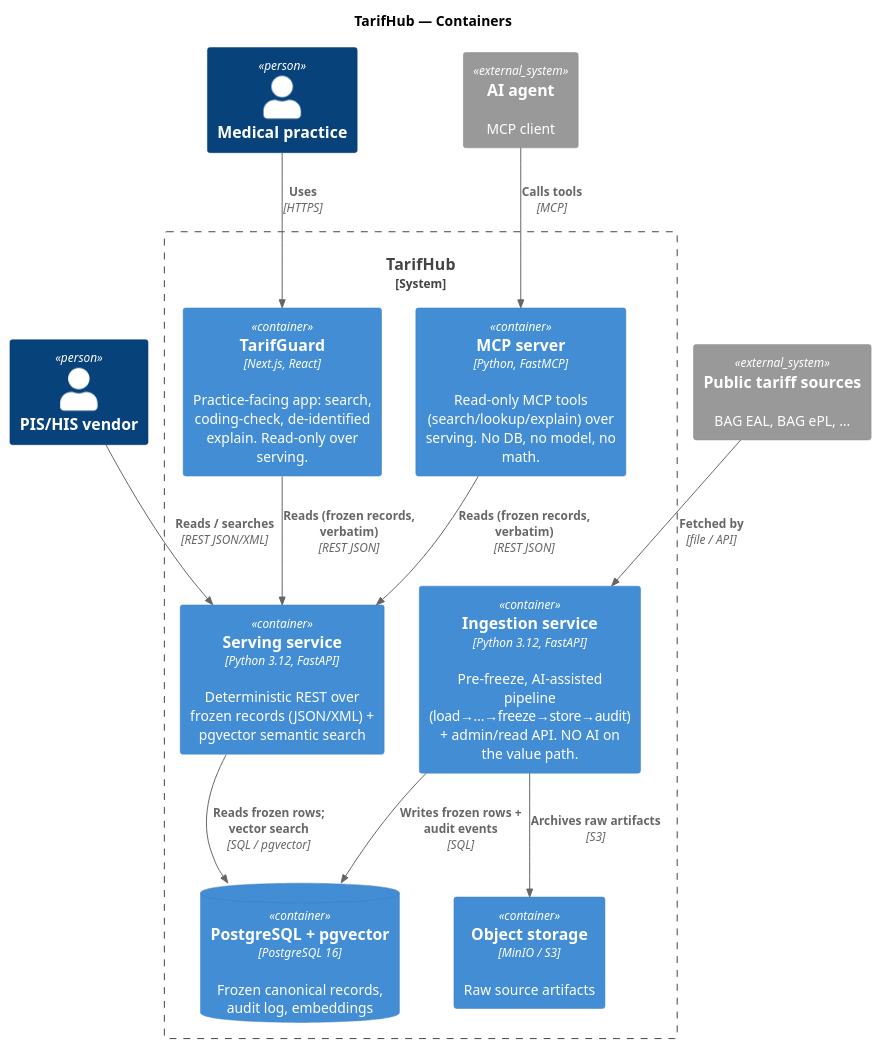
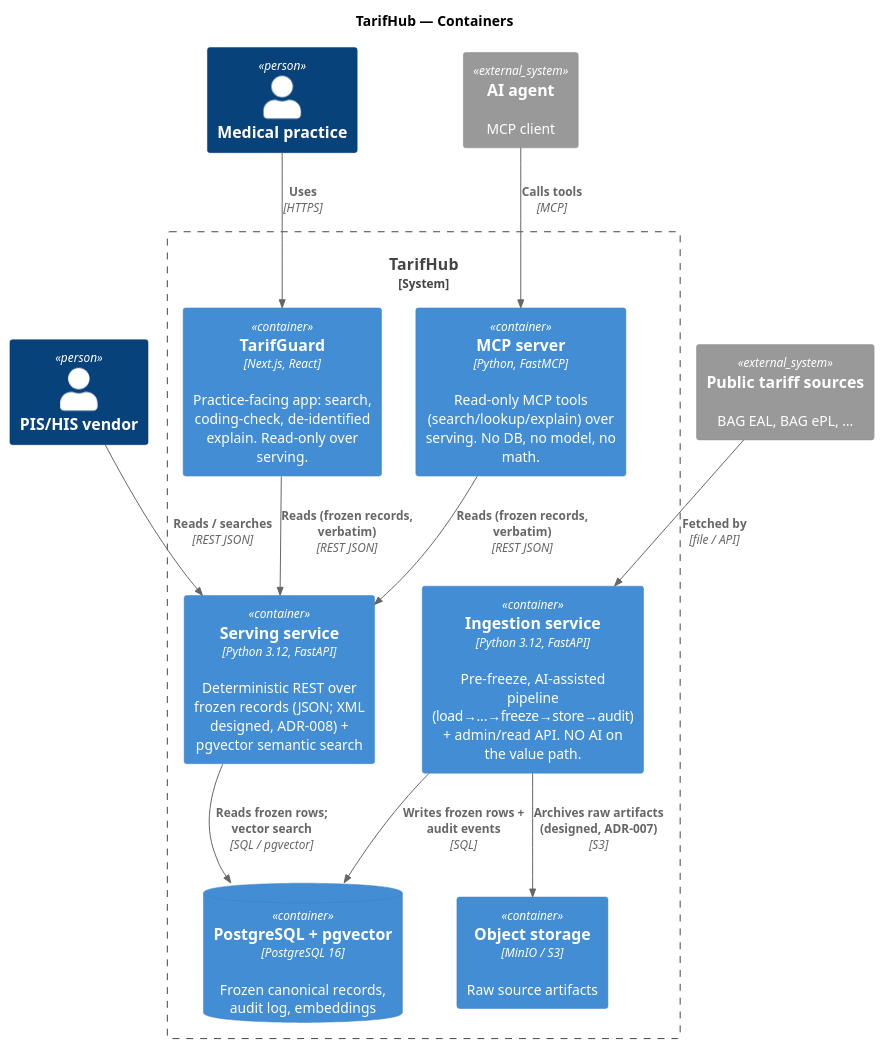
One commit to erhanuenlue/tarifhub changed the diagram in docs/diagrams/c4-container.puml. Above: the diagram before and after it, drawn with PlantUML. The commit also changed 19 other files, not shown here.

First line of the commit message:
docs(diagrams): use-case, sequence, C4 component and state diagrams with brand style

```diff
--- a/docs/diagrams/c4-container.puml
+++ b/docs/diagrams/c4-container.puml
@@ -1,32 +1,32 @@
-@startuml tarifhub-container
+@startuml c4-container
 ' C4 Container view for TarifHub.
-' Render: plantuml docs/diagrams/c4-container.puml
-!include https://raw.githubusercontent.com/plantuml-stdlib/C4-PlantUML/master/C4_Container.puml
+' Render: plantuml docs/diagrams/c4-container.puml  (C4 stdlib is bundled with plantuml >= 1.2023; no internet needed)
+!include <C4/C4_Container>
 
 title TarifHub — Containers
 
 Person(vendor, "PIS/HIS vendor")
 Person(practice, "Medical practice")
 System_Ext(agent, "AI agent", "MCP client")
 System_Ext(sources, "Public tariff sources", "BAG EAL, BAG ePL, …")
 
 System_Boundary(th, "TarifHub") {
   Container(ingest, "Ingestion service", "Python 3.12, FastAPI", "Pre-freeze, AI-assisted pipeline (load→…→freeze→store→audit) + admin/read API. NO AI on the value path.")
-  Container(serving, "Serving service", "Python 3.12, FastAPI", "Deterministic REST over frozen records (JSON/XML) + pgvector semantic search")
+  Container(serving, "Serving service", "Python 3.12, FastAPI", "Deterministic REST over frozen records (JSON; XML designed, ADR-008) + pgvector semantic search")
   Container(mcp, "MCP server", "Python, FastMCP", "Read-only MCP tools (search/lookup/explain) over serving. No DB, no model, no math.")
   Container(tarifguard, "TarifGuard", "Next.js, React", "Practice-facing app: search, coding-check, de-identified explain. Read-only over serving.")
   ContainerDb(db, "PostgreSQL + pgvector", "PostgreSQL 16", "Frozen canonical records, audit log, embeddings")
   Container(minio, "Object storage", "MinIO / S3", "Raw source artifacts")
 }
 
 Rel(sources, ingest, "Fetched by", "file / API")
 Rel(ingest, db, "Writes frozen rows + audit events", "SQL")
-Rel(ingest, minio, "Archives raw artifacts", "S3")
+Rel(ingest, minio, "Archives raw artifacts (designed, ADR-007)", "S3")
 Rel(serving, db, "Reads frozen rows; vector search", "SQL / pgvector")
-Rel(vendor, serving, "Reads / searches", "REST JSON/XML")
+Rel(vendor, serving, "Reads / searches", "REST JSON")
 Rel(practice, tarifguard, "Uses", "HTTPS")
 Rel(tarifguard, serving, "Reads (frozen records, verbatim)", "REST JSON")
 Rel(agent, mcp, "Calls tools", "MCP")
 Rel(mcp, serving, "Reads (frozen records, verbatim)", "REST JSON")
 
 @enduml
```
